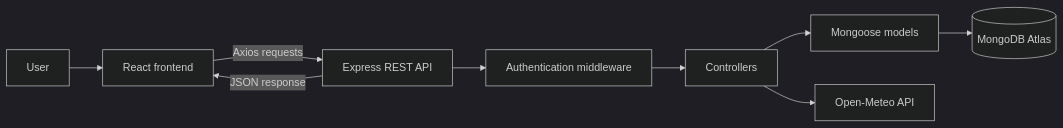
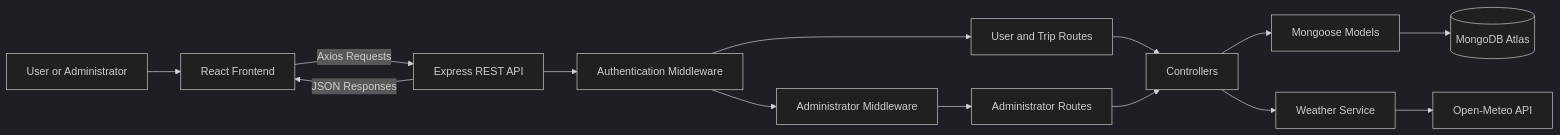
The diagram in README.md (Davidimbertt/wanderlist-mern), drawn with Mermaid (dark theme) before and after one commit. The commit also changed other lines of this file and 22 other files, not shown here.

````diff
--- a/README.md
+++ b/README.md
@@ -62,11 +104,22 @@
 ```mermaid
 flowchart LR
-    User[User] --> React[React frontend]
-    React -->|Axios requests| Express[Express REST API]
-    Express --> Auth[Authentication middleware]
-    Auth --> Controllers[Controllers]
-    Controllers --> Mongoose[Mongoose models]
+    Person[User or Administrator] --> React[React Frontend]
+    React -->|Axios Requests| Express[Express REST API]
+
+    Express --> Auth[Authentication Middleware]
+    Auth --> UserRoutes[User and Trip Routes]
+    Auth --> AdminCheck[Administrator Middleware]
+
+    AdminCheck --> AdminRoutes[Administrator Routes]
+
+    UserRoutes --> Controllers[Controllers]
+    AdminRoutes --> Controllers
+
+    Controllers --> Mongoose[Mongoose Models]
     Mongoose --> MongoDB[(MongoDB Atlas)]
-    Controllers --> OpenMeteo[Open-Meteo API]
-    Express -->|JSON response| React
+
+    Controllers --> WeatherService[Weather Service]
+    WeatherService --> OpenMeteo[Open-Meteo API]
+
+    Express -->|JSON Responses| React
 ```
````
